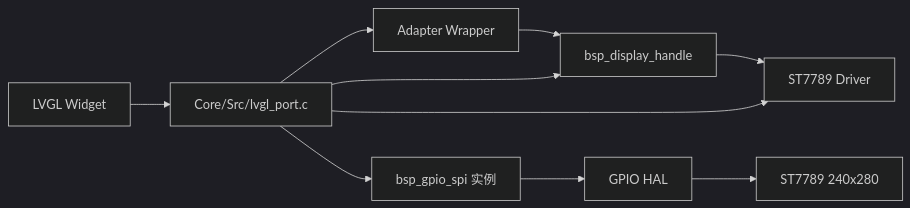
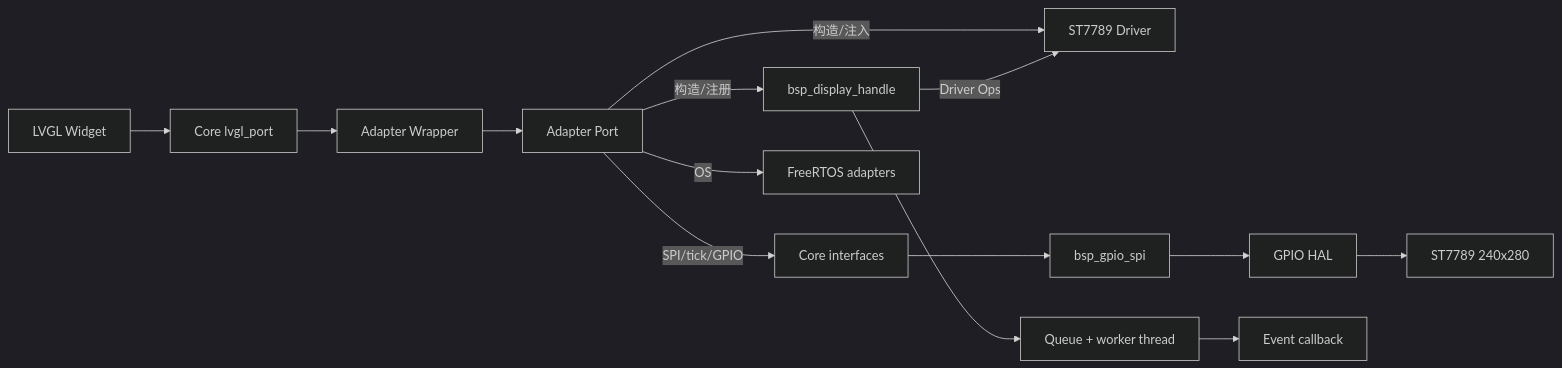
Before and after one commit to shuai-yemao/Deep-In-Embedded: the second of 3 diagrams in 中间件/LVGL/lvgl移植指南.md, drawn with Mermaid (dark theme). The commit also changed other lines of this file, not shown here.

````diff
--- a/中间件/LVGL/lvgl移植指南.md
+++ b/中间件/LVGL/lvgl移植指南.md
@@ -273,12 +269,16 @@
 ```mermaid
 flowchart LR
-    APP[LVGL Widget] --> PORT[Core/Src/lvgl_port.c]
-    PORT --> WRAPPER[Adapter Wrapper]
-    WRAPPER --> HANDLE[bsp_display_handle]
-    HANDLE --> DRIVER[ST7789 Driver]
-    PORT --> DRIVER
-    PORT --> HANDLE
-    PORT --> BUS[bsp_gpio_spi 实例]
+    APP[LVGL Widget] --> LVPORT[Core lvgl_port]
+    LVPORT --> WRAPPER[Adapter Wrapper]
+    WRAPPER --> PORT[Adapter Port]
+    PORT -->|构造/注册| HANDLE[bsp_display_handle]
+    PORT -->|构造/注入| DRIVER[ST7789 Driver]
+    HANDLE -->|Driver Ops| DRIVER
+    PORT -->|SPI/tick/GPIO| CORE[Core interfaces]
+    PORT -->|OS| OS[FreeRTOS adapters]
+    CORE --> BUS[bsp_gpio_spi]
     BUS --> HAL[GPIO HAL]
+    HANDLE --> QUEUE[Queue + worker thread]
+    QUEUE --> CALLBACK[Event callback]
     HAL --> LCD[ST7789 240x280]
 ```
````
